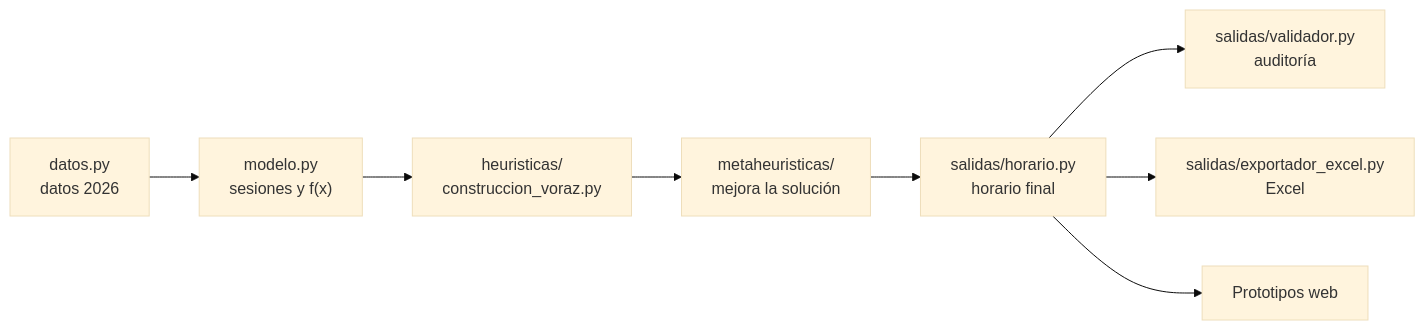
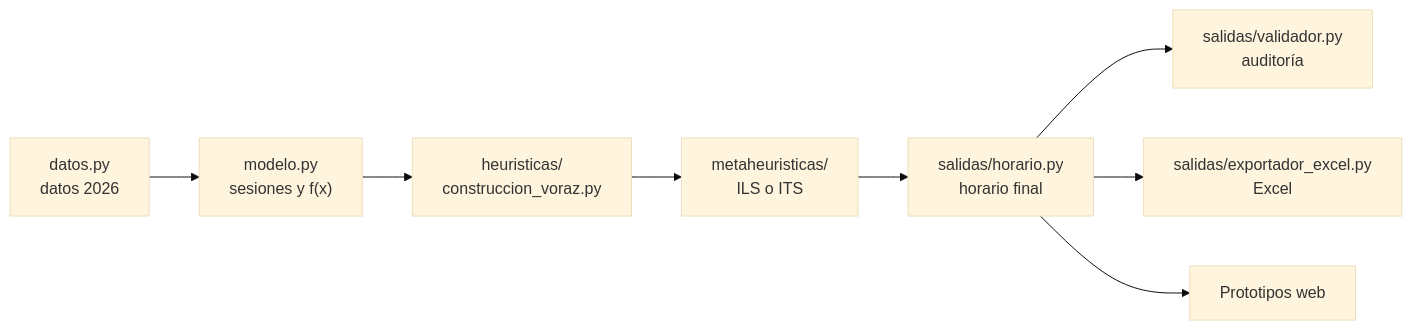
One commit to matirocha/Horarios-MMDD changed the diagram in notebooks/README.md. Above: the diagram before and after it, drawn with Mermaid (base theme). The commit also changed other lines of this file and 36 other files, not shown here.

First line of the commit message:
Metodología voraz + ILS/ITS, instancias 2027 y ventanas por docente

````diff
--- a/notebooks/README.md
+++ b/notebooks/README.md
@@ -50,10 +82,10 @@
 ```mermaid
 flowchart LR
     A["datos.py<br/>datos 2026"] --> B["modelo.py<br/>sesiones y f(x)"]
     B --> C["heuristicas/<br/>construccion_voraz.py"]
-    C --> D["metaheuristicas/<br/>mejora la solución"]
+    C --> D["metaheuristicas/<br/>ILS o ITS"]
     D --> E["salidas/horario.py<br/>horario final"]
     E --> F["salidas/validador.py<br/>auditoría"]
     E --> G["salidas/exportador_excel.py<br/>Excel"]
     E --> H["Prototipos web"]
 ```
````
